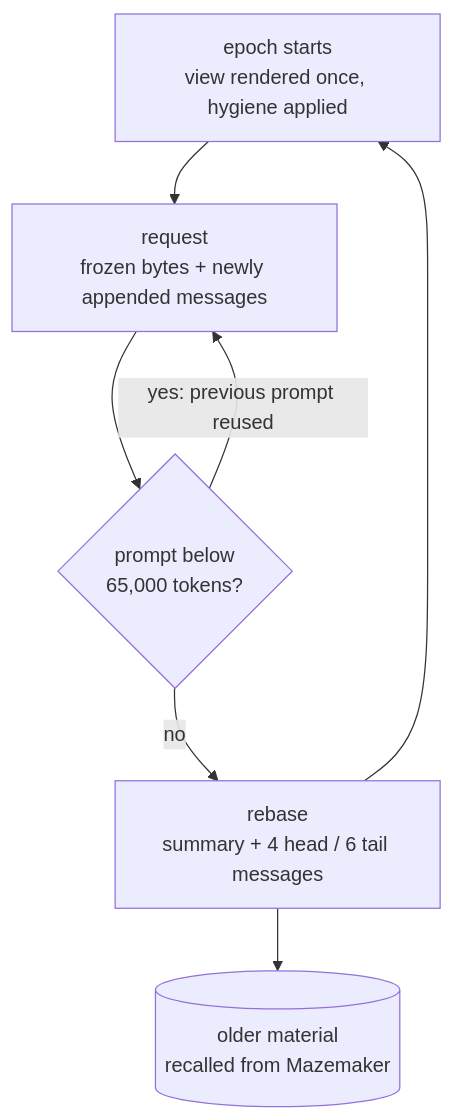
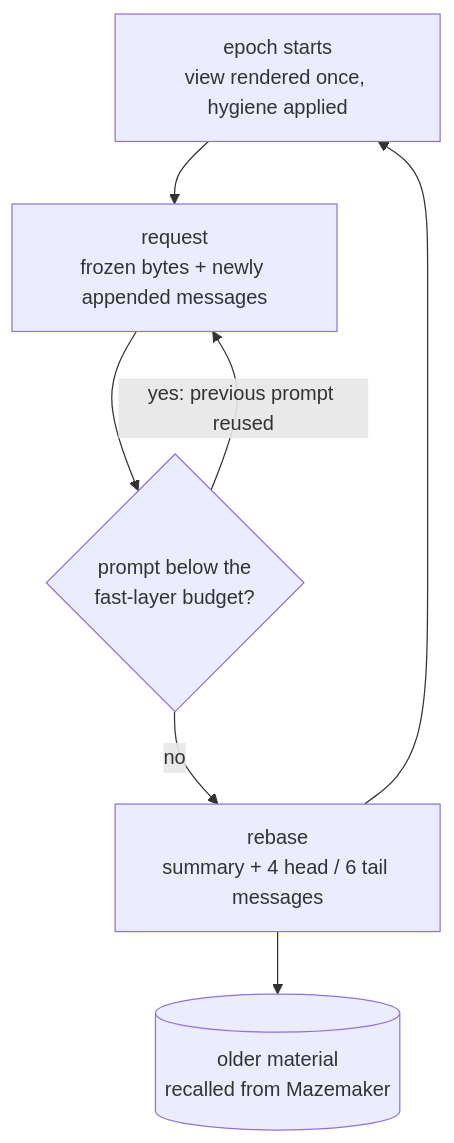
Before and after one commit to itsXactlY/daedalus: the fifth of 9 diagrams in README.md, drawn with Mermaid. The commit also changed other lines of this file and 14 other files, not shown here.

First line of the commit message:
Adaptive KV streaming: sidekick queue, fast-layer watermarks, review-fork hygiene

````diff
--- a/README.md
+++ b/README.md
@@ -265,9 +265,9 @@
 ```mermaid
 flowchart TD
     Start["epoch starts<br/>view rendered once, hygiene applied"] --> Req["request<br/>frozen bytes + newly appended messages"]
-    Req --> Check{"prompt below<br/>65,000 tokens?"}
+    Req --> Check{"prompt below the<br/>fast-layer budget?"}
     Check -- "yes: previous prompt reused" --> Req
     Check -- "no" --> Rebase["rebase<br/>summary + 4 head / 6 tail messages"]
     Rebase --> Memory[("older material<br/>recalled from Mazemaker")]
     Rebase --> Start
 ```
````
